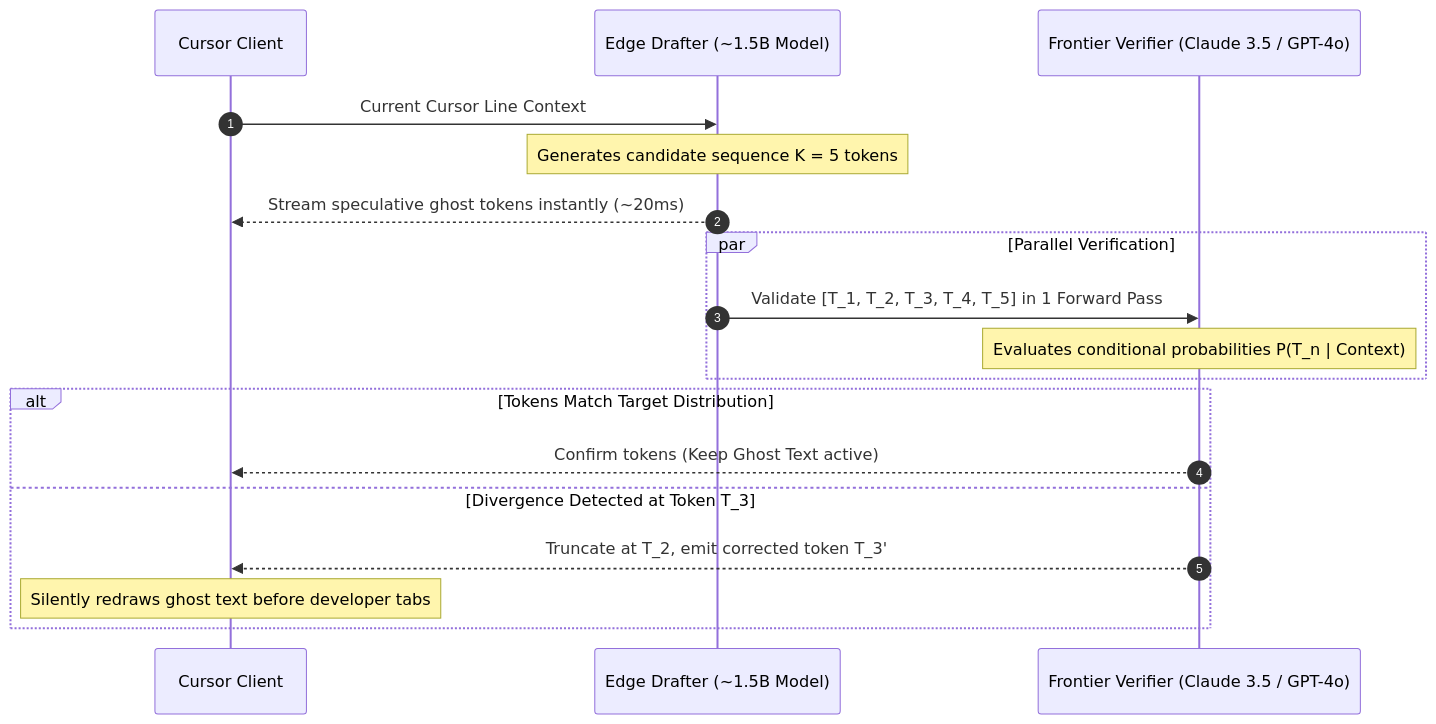
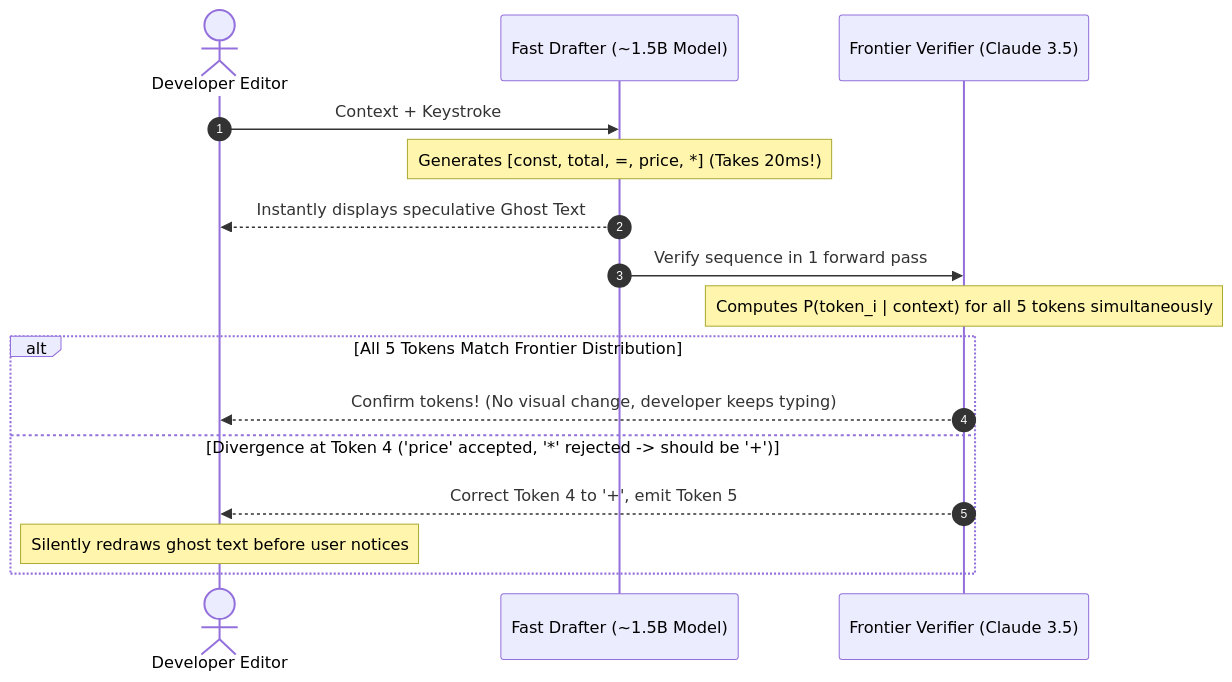
One commit to saurabh-vision/how-ai-companies-scale changed the third of 3 diagrams in ai-architectures/cursor-codebase-indexing.md. Above: the diagram before and after it, drawn with Mermaid. The commit also changed other lines of this file and 4 other files, not shown here.

Commit message:
docs(deep-dive): transform Cursor architecture into an authoritative 6-layer engineering masterpiece

````diff
--- a/ai-architectures/cursor-codebase-indexing.md
+++ b/ai-architectures/cursor-codebase-indexing.md
@@ -122,23 +190,21 @@
 ```mermaid
 sequenceDiagram
     autonumber
-    participant Client as Cursor Client
-    participant Drafter as Edge Drafter (~1.5B Model)
-    participant Verifier as Frontier Verifier (Claude 3.5 / GPT-4o)
+    actor Dev as Developer Editor
+    participant Draft as Fast Drafter (~1.5B Model)
+    participant Frontier as Frontier Verifier (Claude 3.5)
 
-    Client->>Drafter: Current Cursor Line Context
-    Note over Drafter: Generates candidate sequence K = 5 tokens
-    Drafter-->>Client: Stream speculative ghost tokens instantly (~20ms)
+    Dev->>Draft: Context + Keystroke
+    Note over Draft: Generates [const, total, =, price, *] (Takes 20ms!)
+    Draft-->>Dev: Instantly displays speculative Ghost Text
     
-    par Parallel Verification
-        Drafter->>Verifier: Validate [T_1, T_2, T_3, T_4, T_5] in 1 Forward Pass
-        Note over Verifier: Evaluates conditional probabilities P(T_n | Context)
-    end
+    Draft->>Frontier: Verify sequence in 1 forward pass
+    Note over Frontier: Computes P(token_i | context) for all 5 tokens simultaneously
     
-    alt Tokens Match Target Distribution
-        Verifier-->>Client: Confirm tokens (Keep Ghost Text active)
-    else Divergence Detected at Token T_3
-        Verifier-->>Client: Truncate at T_2, emit corrected token T_3'
-        Note over Client: Silently redraws ghost text before developer tabs
+    alt All 5 Tokens Match Frontier Distribution
+        Frontier-->>Dev: Confirm tokens! (No visual change, developer keeps typing)
+    else Divergence at Token 4 ('price' accepted, '*' rejected -> should be '+')
+        Frontier-->>Dev: Correct Token 4 to '+', emit Token 5
+        Note over Dev: Silently redraws ghost text before user notices
     end
 ```
````
